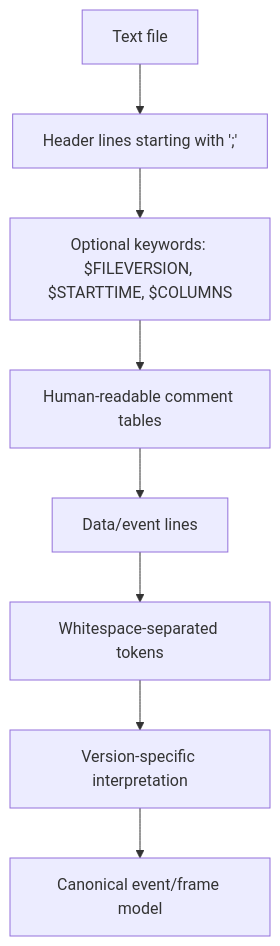
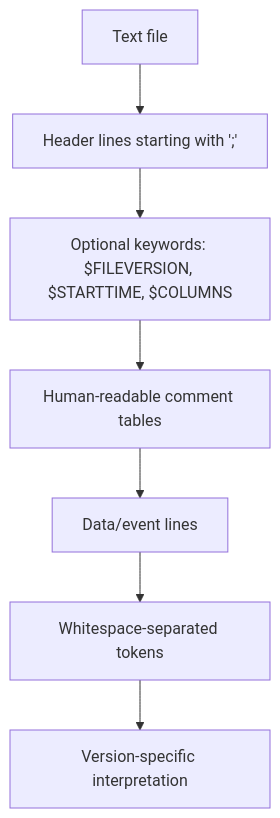
Before and after one commit to tomrford/cantraceviewer: the diagram in docs/trc-file-format.md, drawn with Mermaid. The commit also changed other lines of this file and 1 other file, not shown here.

````diff
--- a/docs/trc-file-format.md
+++ b/docs/trc-file-format.md
@@ -38,10 +15,9 @@
 ```mermaid
 flowchart TD
     A["Text file"] --> B["Header lines starting with ';'"]
     B --> C["Optional keywords: $FILEVERSION, $STARTTIME, $COLUMNS"]
     C --> D["Human-readable comment tables"]
     D --> E["Data/event lines"]
     E --> F["Whitespace-separated tokens"]
     F --> G["Version-specific interpretation"]
-    G --> H["Canonical event/frame model"]
 ```
````
